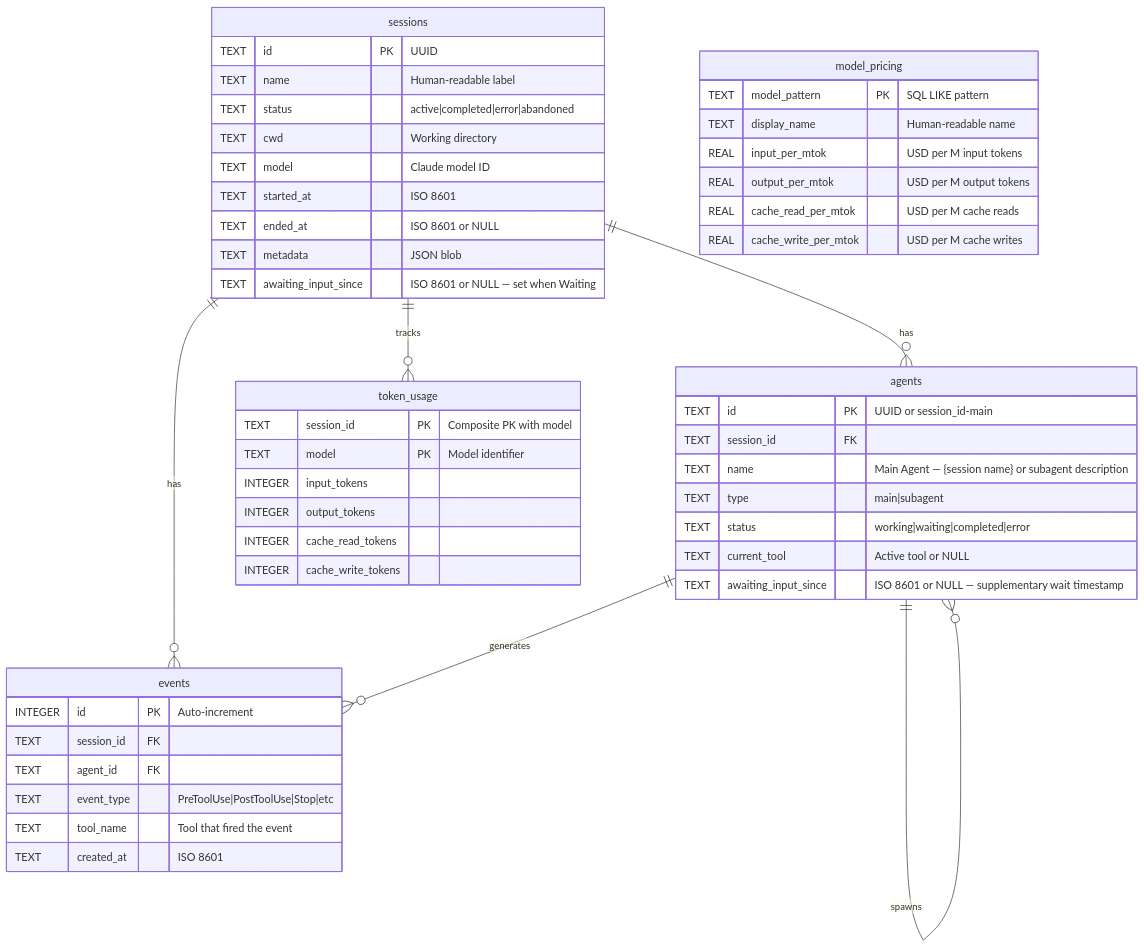
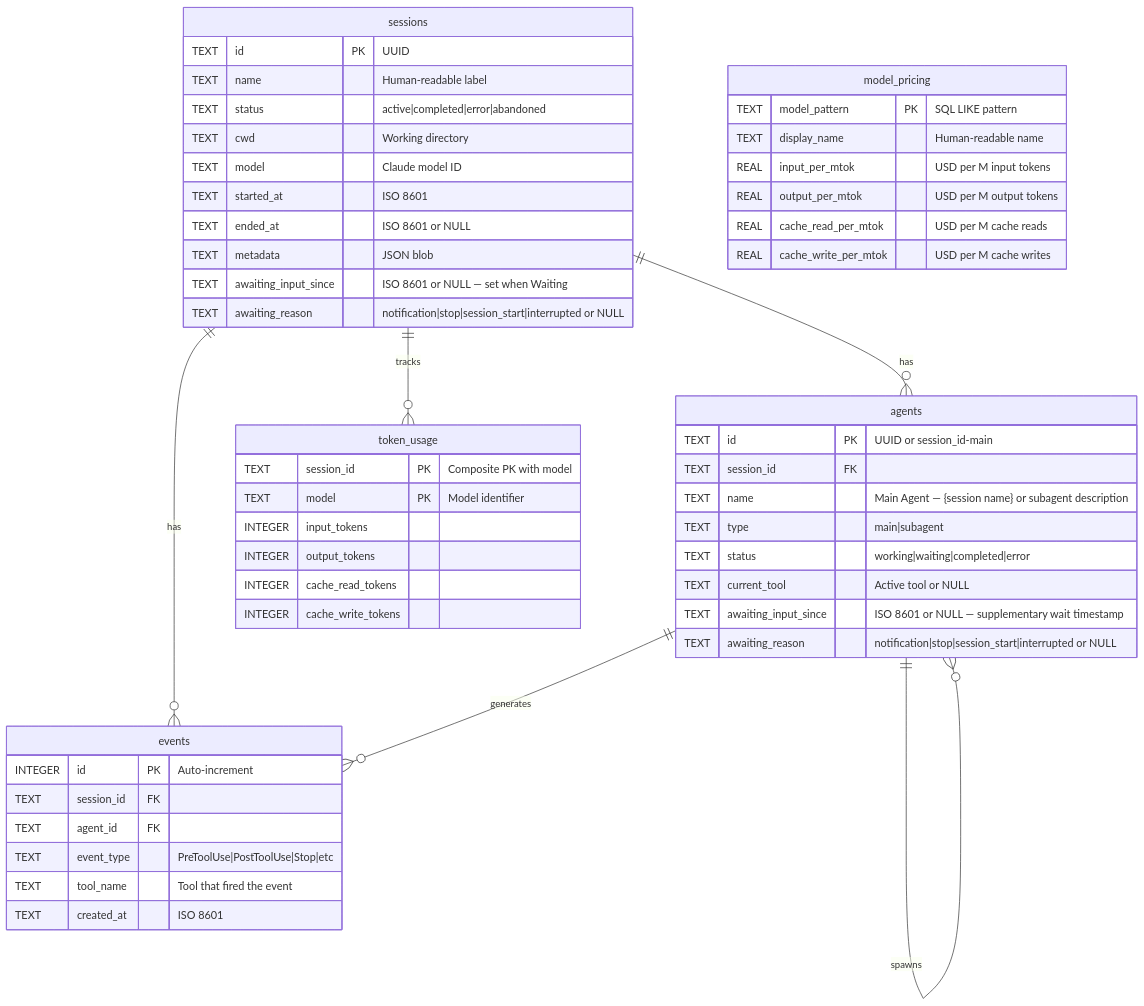
Diagram 16 of 23 in README.md (hoangsonww/Claude-Code-Agent-Monitor), drawn with Mermaid before and after one commit. The commit also changed other lines of this file and 8 other files, not shown here.

First line of the commit message:
feat(server): add awaiting_reason to explain why a session/agent is waiting

````diff
--- a/README.md
+++ b/README.md
@@ -1646,57 +1646,59 @@
 ```mermaid
 erDiagram
     sessions ||--o{ agents : has
     sessions ||--o{ events : has
     sessions ||--o{ token_usage : tracks
     agents ||--o{ events : generates
     agents ||--o{ agents : spawns
 
     sessions {
         TEXT id PK "UUID"
         TEXT name "Human-readable label"
         TEXT status "active|completed|error|abandoned"
         TEXT cwd "Working directory"
         TEXT model "Claude model ID"
         TEXT started_at "ISO 8601"
         TEXT ended_at "ISO 8601 or NULL"
         TEXT metadata "JSON blob"
         TEXT awaiting_input_since "ISO 8601 or NULL — set when Waiting"
+        TEXT awaiting_reason "notification|stop|session_start|interrupted or NULL"
     }
 
     agents {
         TEXT id PK "UUID or session_id-main"
         TEXT session_id FK
         TEXT name "Main Agent — {session name} or subagent description"
         TEXT type "main|subagent"
         TEXT status "working|waiting|completed|error"
         TEXT current_tool "Active tool or NULL"
         TEXT awaiting_input_since "ISO 8601 or NULL — supplementary wait timestamp"
+        TEXT awaiting_reason "notification|stop|session_start|interrupted or NULL"
     }
 
     events {
         INTEGER id PK "Auto-increment"
         TEXT session_id FK
         TEXT agent_id FK
         TEXT event_type "PreToolUse|PostToolUse|Stop|etc"
         TEXT tool_name "Tool that fired the event"
         TEXT created_at "ISO 8601"
     }
 
     token_usage {
         TEXT session_id PK "Composite PK with model"
         TEXT model PK "Model identifier"
         INTEGER input_tokens
         INTEGER output_tokens
         INTEGER cache_read_tokens
         INTEGER cache_write_tokens
     }
 
     model_pricing {
         TEXT model_pattern PK "SQL LIKE pattern"
         TEXT display_name "Human-readable name"
         REAL input_per_mtok "USD per M input tokens"
         REAL output_per_mtok "USD per M output tokens"
         REAL cache_read_per_mtok "USD per M cache reads"
         REAL cache_write_per_mtok "USD per M cache writes"
     }
 ```
````
